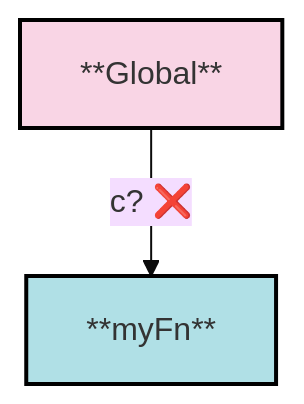
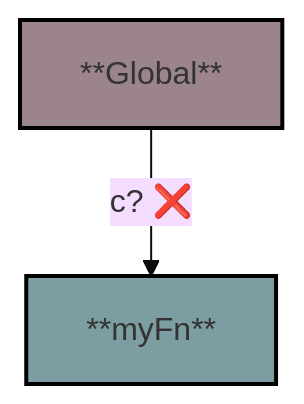
Before and after one commit to alex-monichev/hello-web: the fifth of 8 diagrams in notes/js.md, drawn with Mermaid (base theme). The commit also changed other lines of this file, not shown here.

````diff
--- a/notes/js.md
+++ b/notes/js.md
@@ -625,8 +619,8 @@
 ```mermaid
 graph TD
     A[**Global**]
     B[**myFn**]
     A --> |c? ❌| B
-    style A fill:#f9d5e5,stroke:#000000,stroke-width:2px
-    style B fill:#b0e0e6,stroke:#000000,stroke-width:2px
+    style A fill:#9c848f,stroke:#000000,stroke-width:2px
+    style B fill:#7c9da1,stroke:#000000,stroke-width:2px
 ```
````
